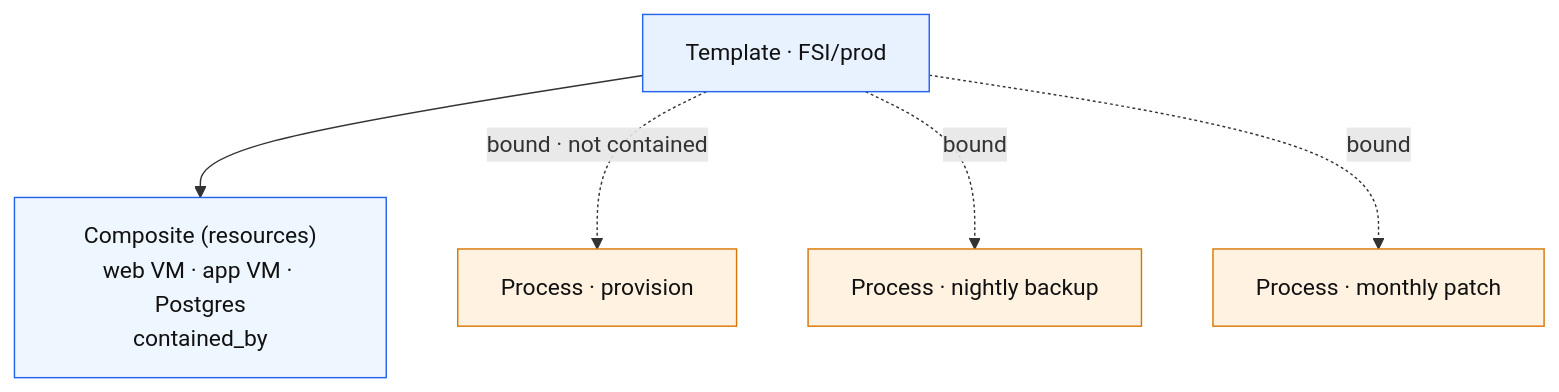
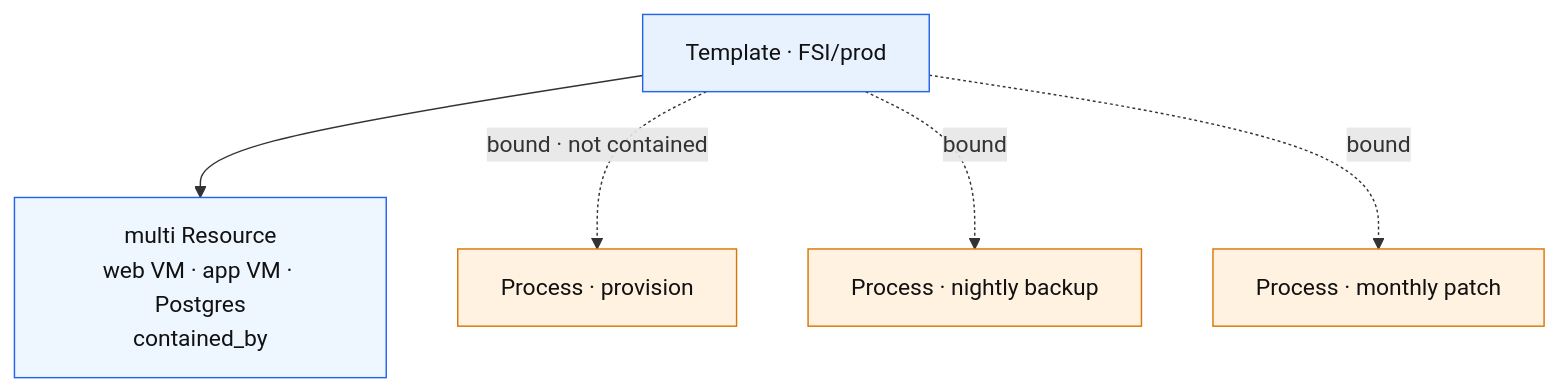
One commit to croadfeldt/udlm changed the third of 4 diagrams in docs/flows/template-assembly.md. Above: the diagram before and after it, drawn with Mermaid. The commit also changed other lines of this file and 49 other files, not shown here.

````diff
--- a/docs/flows/template-assembly.md
+++ b/docs/flows/template-assembly.md
@@ -64,11 +64,11 @@
 ```mermaid
 flowchart TD
     TMP["Template · FSI/prod"]:::t
-    TMP --> COMP["Composite (resources)<br/>web VM · app VM · Postgres<br/>contained_by"]:::c
+    TMP --> COMP["multi Resource<br/>web VM · app VM · Postgres<br/>contained_by"]:::c
     TMP -.->|bound · not contained| PR1["Process · provision"]:::pr
     TMP -.->|bound| PR2["Process · nightly backup"]:::pr
     TMP -.->|bound| PR3["Process · monthly patch"]:::pr
     classDef t fill:#e8f2ff,stroke:#2563eb,color:#111
     classDef c fill:#eef6ff,stroke:#2563eb,color:#111
     classDef pr fill:#fff2e0,stroke:#d97706,color:#111
 ```
````
